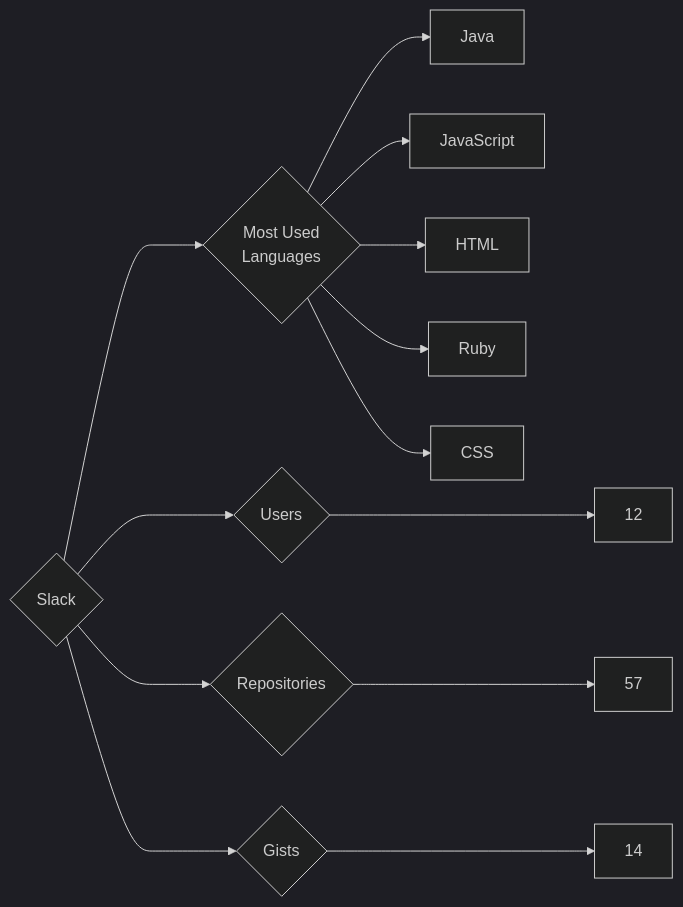
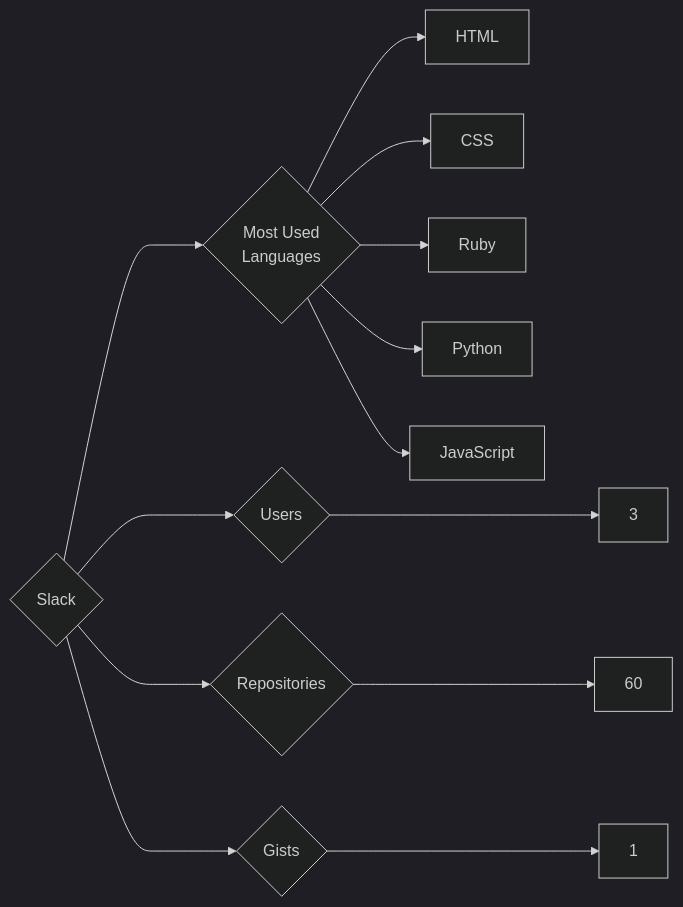
Before and after one commit to trickest/insiders: the diagram in targets/Slack/README.md, drawn with Mermaid (dark theme). The commit also changed 815 other files, not shown here.

````diff
--- a/targets/Slack/README.md
+++ b/targets/Slack/README.md
@@ -3,13 +3,13 @@
 ```mermaid
 graph LR
 COMPANY_NAME{Slack}
-COMPANY_NAME ---> U{Users} ---> UN[12]
-COMPANY_NAME ---> R{Repositories} ---> RN[57]
-COMPANY_NAME ---> G{Gists} ---> GN[14]
+COMPANY_NAME ---> U{Users} ---> UN[3]
+COMPANY_NAME ---> R{Repositories} ---> RN[60]
+COMPANY_NAME ---> G{Gists} ---> GN[1]
 COMPANY_NAME ---> ML{Most Used<br>Languages}
-ML --> Java[Java]
+ML --> HTML[HTML]
+ML --> CSS[CSS]
+ML --> Ruby[Ruby]
+ML --> Python[Python]
 ML --> JavaScript[JavaScript]
-ML --> HTML[HTML]
-ML --> Ruby[Ruby]
-ML --> CSS[CSS]
 ```
````
